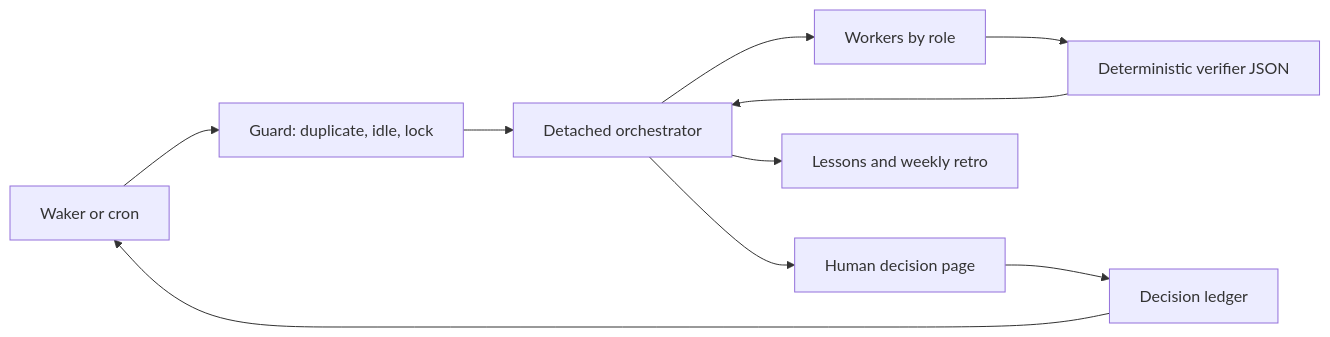
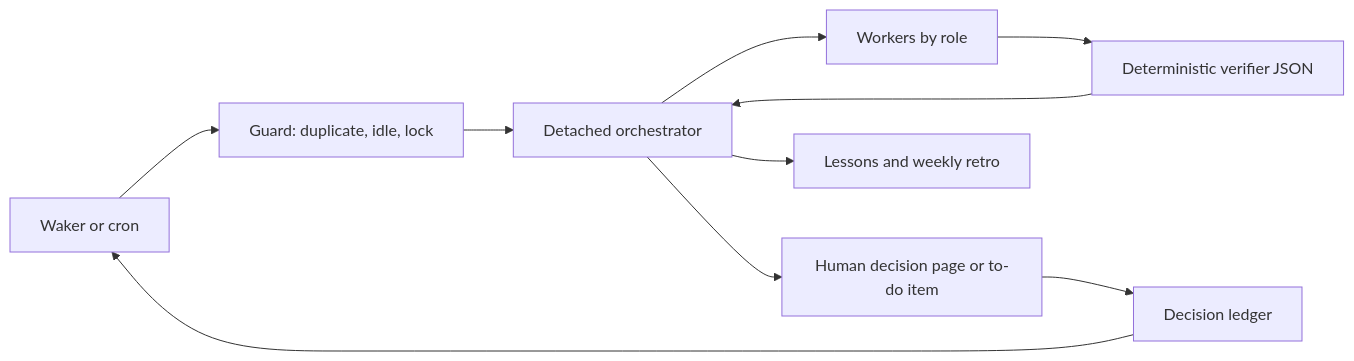
One commit to cskwork/dark-factory changed the diagram in templates/RUNBOOK.template.md. Above: the diagram before and after it, drawn with Mermaid. The commit also changed other lines of this file and 12 other files, not shown here.

````diff
--- a/templates/RUNBOOK.template.md
+++ b/templates/RUNBOOK.template.md
@@ -10,12 +10,12 @@
 ```mermaid
 flowchart LR
   W[Waker or cron] --> G[Guard: duplicate, idle, lock]
   G --> O[Detached orchestrator]
   O --> R[Workers by role]
   R --> V[Deterministic verifier JSON]
   V --> O
-  O --> H[Human decision page]
+  O --> H[Human decision page or to-do item]
   H --> D[Decision ledger]
   D --> W
   O --> L[Lessons and weekly retro]
 ```
````
